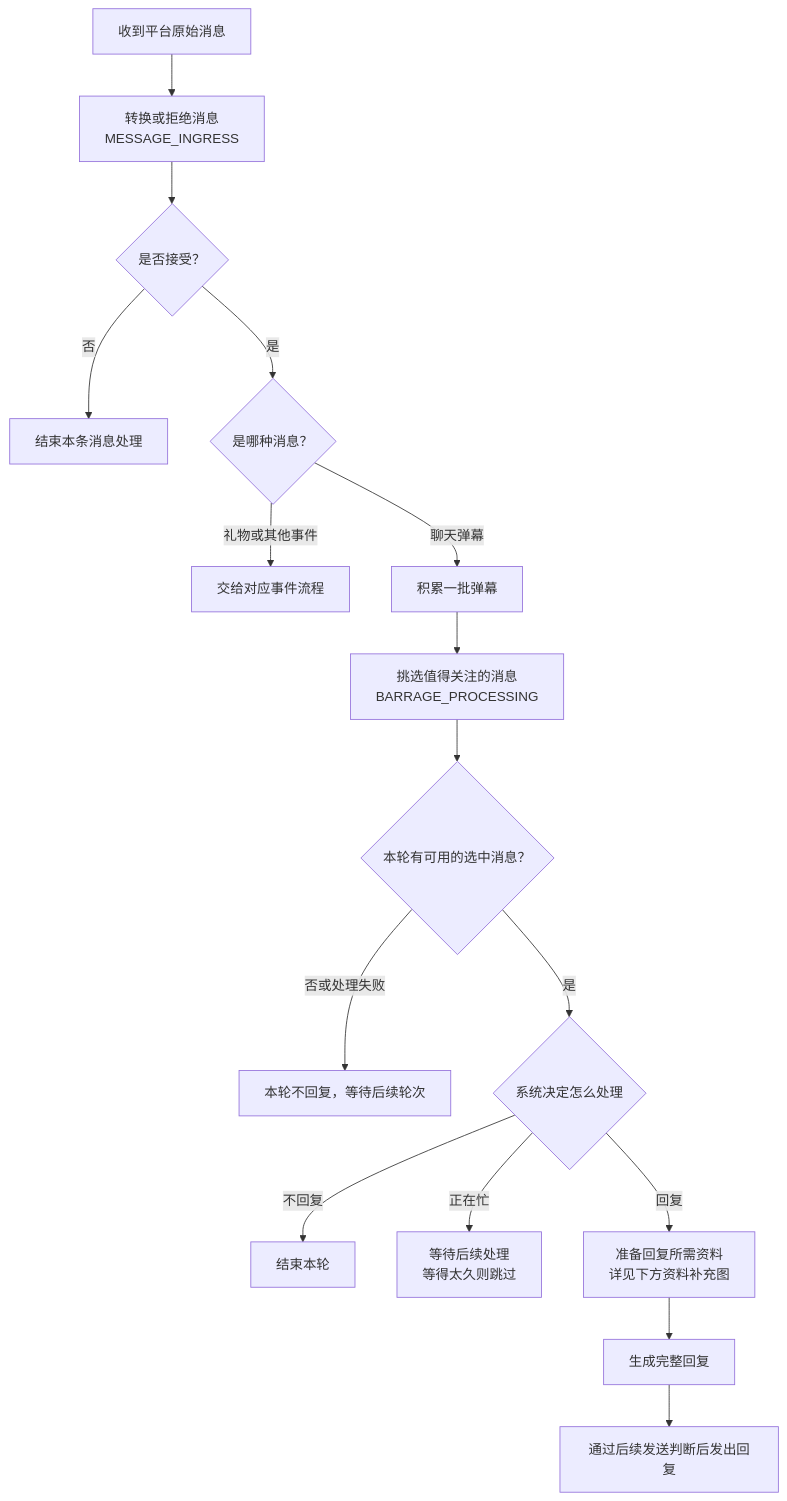
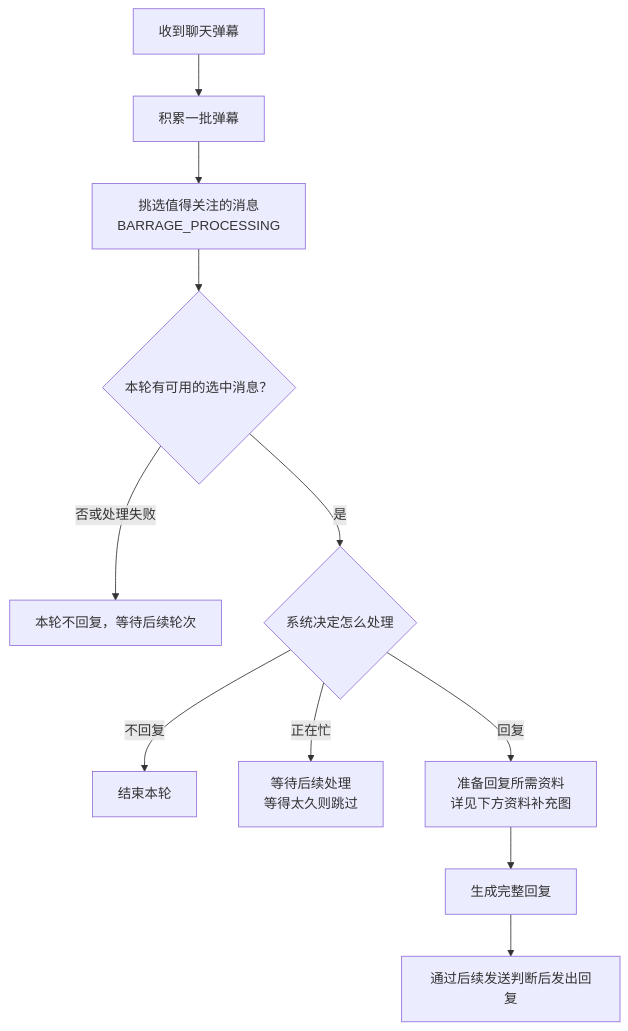
One commit to shengjiezhang1019-creator/lubi-plugin-market changed the first of 2 diagrams in docs/hook-contracts.md. Above: the diagram before and after it, drawn with Mermaid. The commit also changed other lines of this file and 2 other files, not shown here.

Commit message:
docs: hide message ingress from market hook listings

````diff
--- a/docs/hook-contracts.md
+++ b/docs/hook-contracts.md
@@ -17,21 +17,15 @@
 ```mermaid
 flowchart TD
-    incoming["收到平台原始消息"] --> ingress["转换或拒绝消息<br/>MESSAGE_INGRESS"]
-    ingress --> accepted{"是否接受？"}
-    accepted -->|否| stop["结束本条消息处理"]
-    accepted -->|是| kind{"是哪种消息？"}
-    kind -->|礼物或其他事件| other["交给对应事件流程"]
-    kind -->|聊天弹幕| collect["积累一批弹幕"]
+    incoming["收到聊天弹幕"] --> collect["积累一批弹幕"]
     collect --> select["挑选值得关注的消息<br/>BARRAGE_PROCESSING"]
     select --> picked{"本轮有可用的选中消息？"}
     picked -->|否或处理失败| skip["本轮不回复，等待后续轮次"]
     picked -->|是| decision{"系统决定怎么处理"}
     decision -->|不回复| finish["结束本轮"]
     decision -->|正在忙| queue["等待后续处理<br/>等得太久则跳过"]
     decision -->|回复| prepare["准备回复所需资料<br/>详见下方资料补充图"]
     prepare --> generate["生成完整回复"]
     generate --> send["通过后续发送判断后发出回复"]
 
-    click ingress "https://github.com/shengjiezhang1019-creator/lubi-plugin-market/blob/main/docs/hook-contracts.md#message_ingress" "查看消息接入说明"
     click select "https://github.com/shengjiezhang1019-creator/lubi-plugin-market/blob/main/docs/hook-contracts.md#barrage_processing" "查看弹幕筛选说明"
 ```
````
